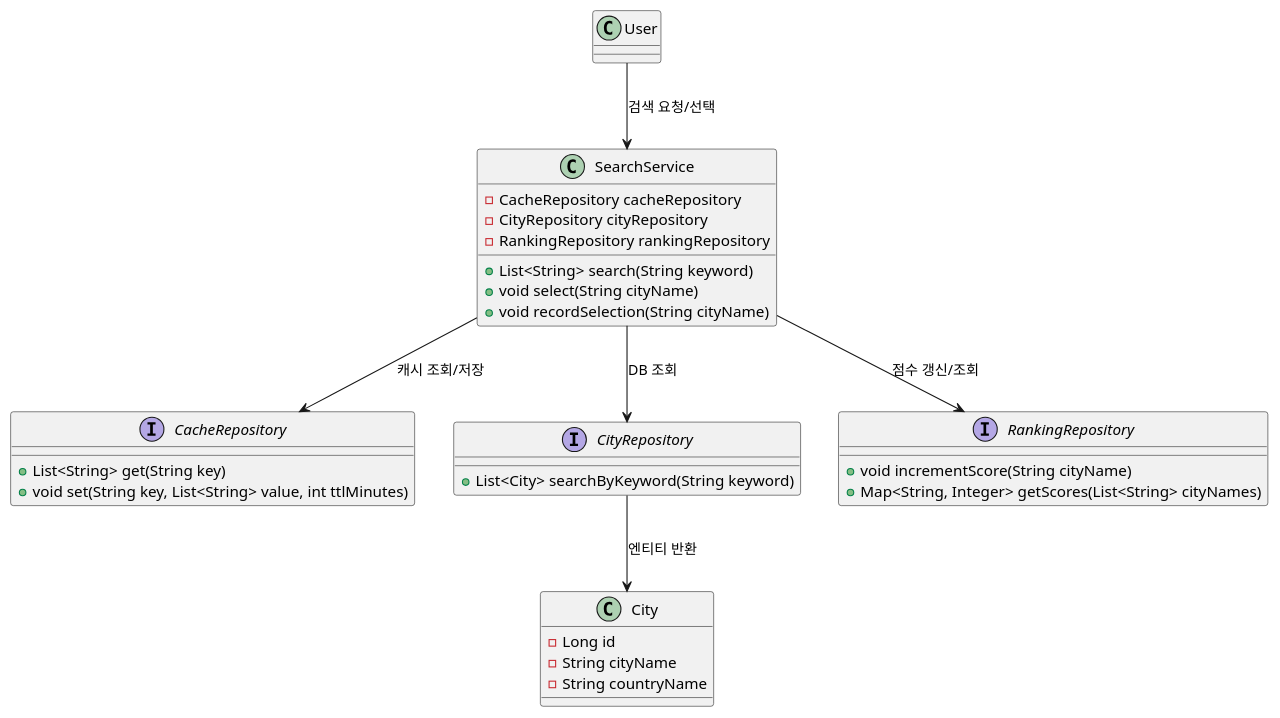
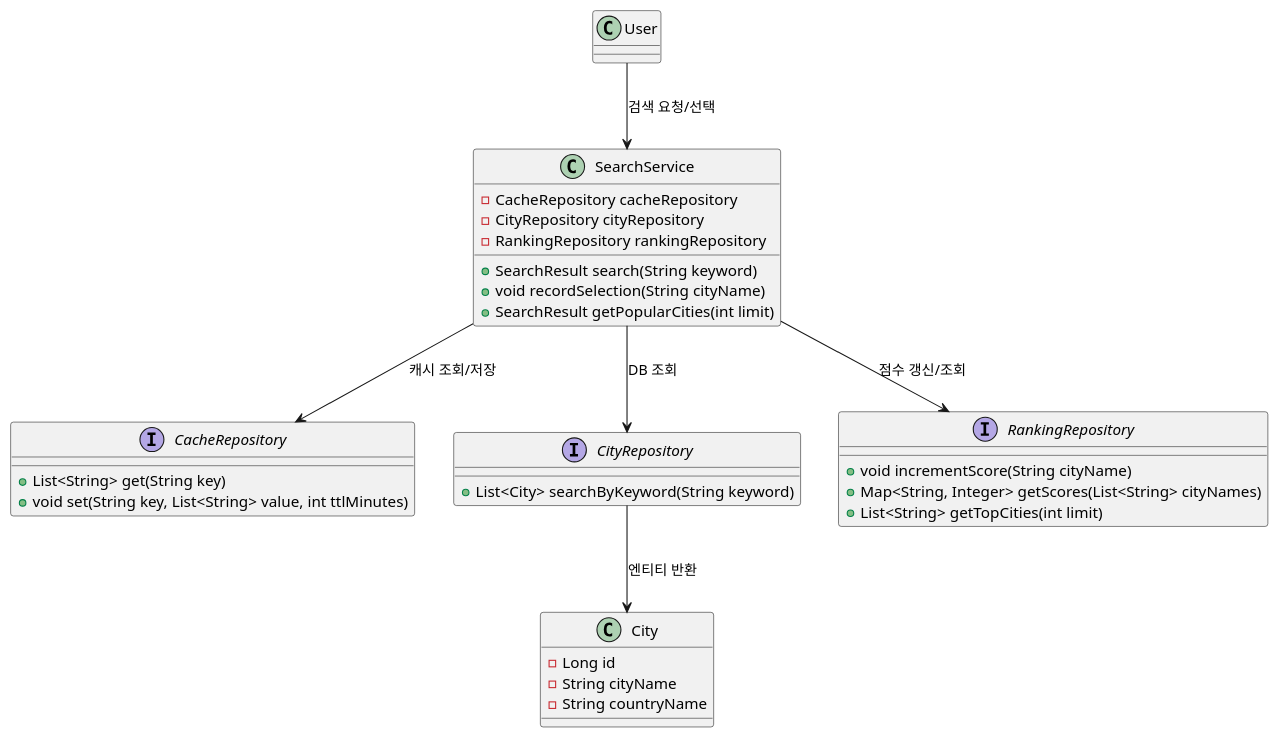
The diagram in diagram/class-search.puml (depromeet/globber-server), drawn with PlantUML before and after one commit. The commit also changed 3 other files, not shown here.

```diff
--- a/diagram/class-search.puml
+++ b/diagram/class-search.puml
@@ -1,39 +1,41 @@
 @startuml
 class SearchService {
     - CacheRepository cacheRepository
     - CityRepository cityRepository
     - RankingRepository rankingRepository
-    + List<String> search(String keyword)
-    + void select(String cityName)
+    + SearchResult search(String keyword)
     + void recordSelection(String cityName)
+    + SearchResult getPopularCities(int limit)
 }
 
 interface CacheRepository {
     + List<String> get(String key)
     + void set(String key, List<String> value, int ttlMinutes)
 }
+
 
 interface CityRepository {
     + List<City> searchByKeyword(String keyword)
 }
 
 interface RankingRepository {
     + void incrementScore(String cityName)
     + Map<String, Integer> getScores(List<String> cityNames)
+    + List<String> getTopCities(int limit)
 }
 
 class City {
     - Long id
     - String cityName
     - String countryName
 }
 
 class User {
 }
 
 User --> SearchService : "검색 요청/선택"
 SearchService --> CacheRepository : "캐시 조회/저장"
 SearchService --> CityRepository : "DB 조회"
 SearchService --> RankingRepository : "점수 갱신/조회"
 CityRepository --> City : "엔티티 반환"
 @enduml
```
